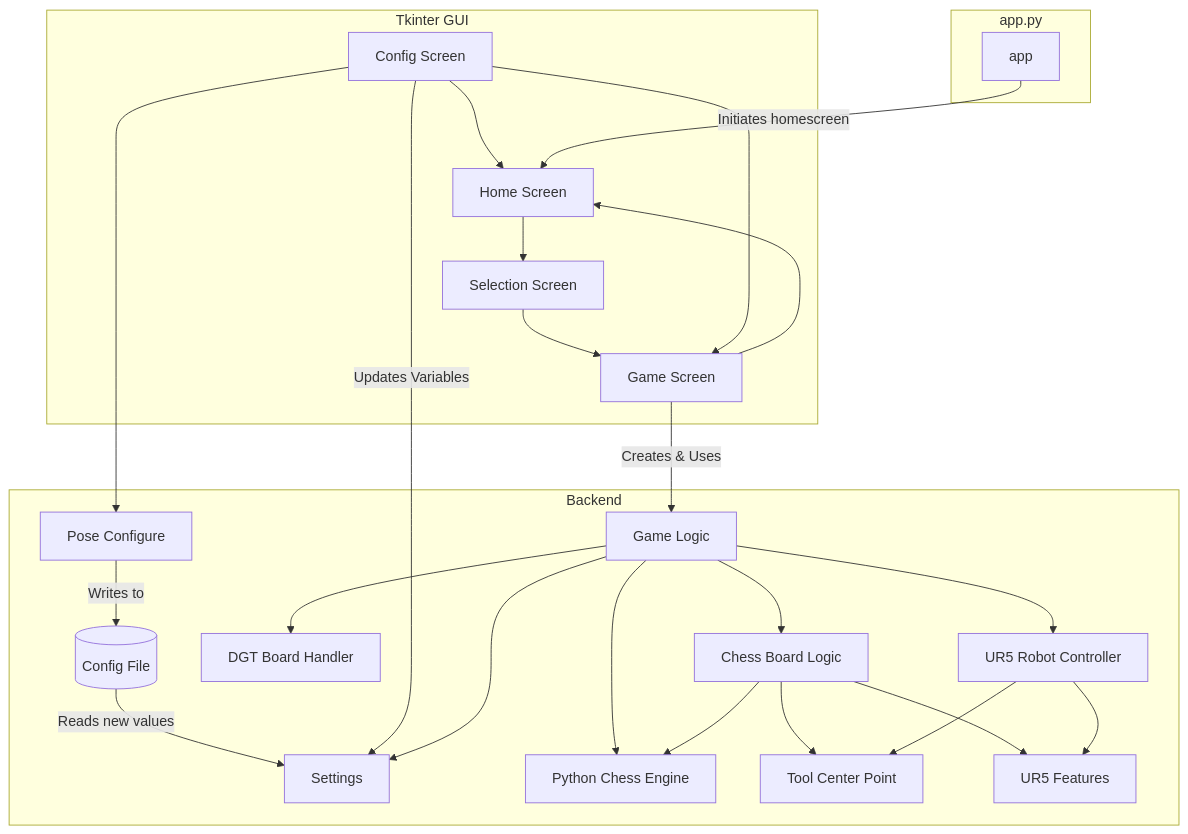
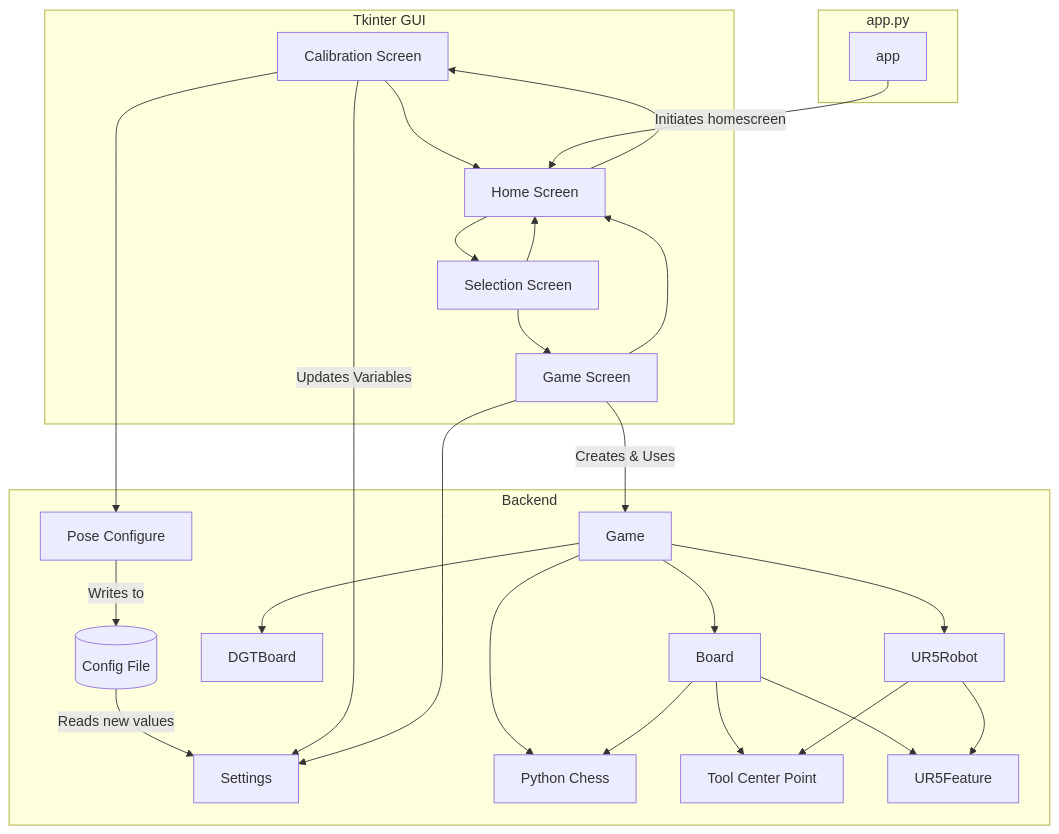
The second of 3 diagrams in README.md (marols27/UR5ChessbotRemake), drawn with Mermaid before and after one commit.

````diff
--- a/README.md
+++ b/README.md
@@ -44,52 +44,53 @@
 ```mermaid
 flowchart TD
     subgraph Tkinter_GUI["Tkinter GUI"]
-        config_screen[Config Screen]
+        calibration_screen[Calibration Screen]
         home_screen[Home Screen]
         selection_screen[Selection Screen]
         game_screen[Game Screen]
 
-        config_screen --> home_screen
+        calibration_screen --> home_screen
         home_screen --> selection_screen
         selection_screen --> game_screen
+        selection_screen --> home_screen
         game_screen --> home_screen
-        config_screen --> game_screen
+        home_screen --> calibration_screen
     end
 
     subgraph Backend
         PoseConfigure[Pose Configure]
         Settings[Settings]
-        Game[Game Logic]
-        UR5Robot[UR5 Robot Controller]
-        DGTBoard[DGT Board Handler]
-        PythonChess[Python Chess Engine]
-        Board[Chess Board Logic]
+        Game[Game]
+        UR5Robot[UR5Robot]
+        DGTBoard[DGTBoard]
+        PythonChess[Python Chess]
+        Board[Board]
         ToolCenterPoint[Tool Center Point]
-        UR5Feature[UR5 Features]
+        UR5Feature[UR5Feature]
         
         PoseConfigure -->|Writes to| ConfigFile[(Config File)]
         ConfigFile -->|Reads new values| Settings
-        config_screen -->|Updates Variables| Settings
-        config_screen --> PoseConfigure
-        Game --> Settings
+        calibration_screen -->|Updates Variables| Settings
+        calibration_screen --> PoseConfigure
+        game_screen --> Settings
         Game --> DGTBoard
         Game --> Board
         Game --> PythonChess
         Game --> UR5Robot
         Board --> PythonChess
         Board --> UR5Feature
         Board --> ToolCenterPoint
         UR5Robot --> ToolCenterPoint
         UR5Robot --> UR5Feature
     end
 
     subgraph app.py[app.py]
         app
     end
 
     app-->|Initiates homescreen| home_screen
 
     game_screen -->|Creates & Uses| Game
 
 
 ```
````
